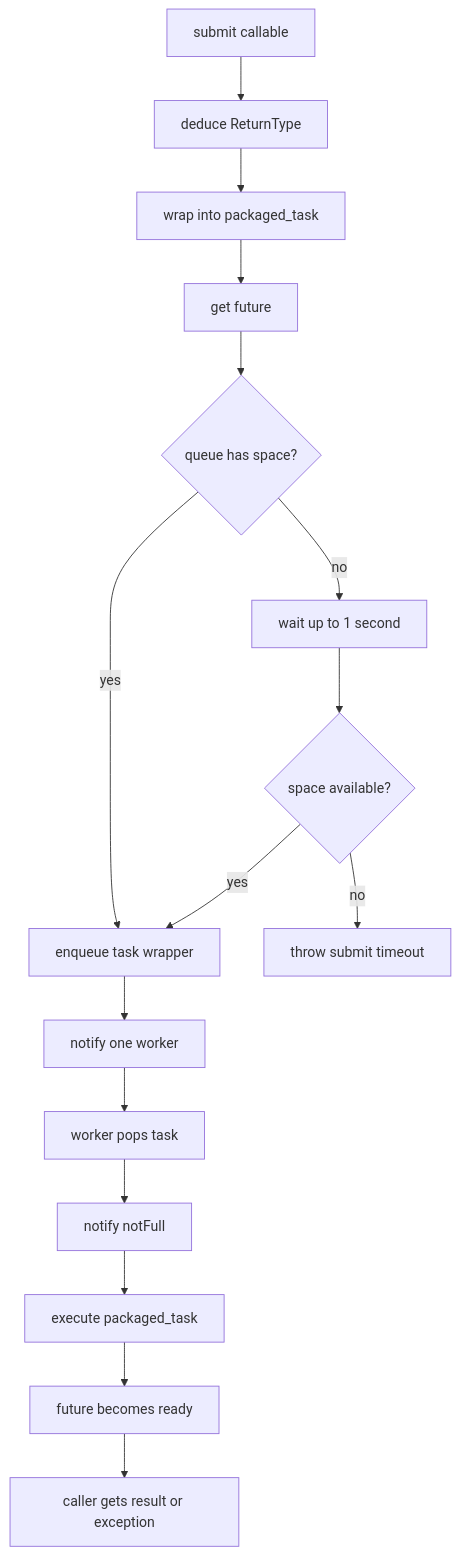
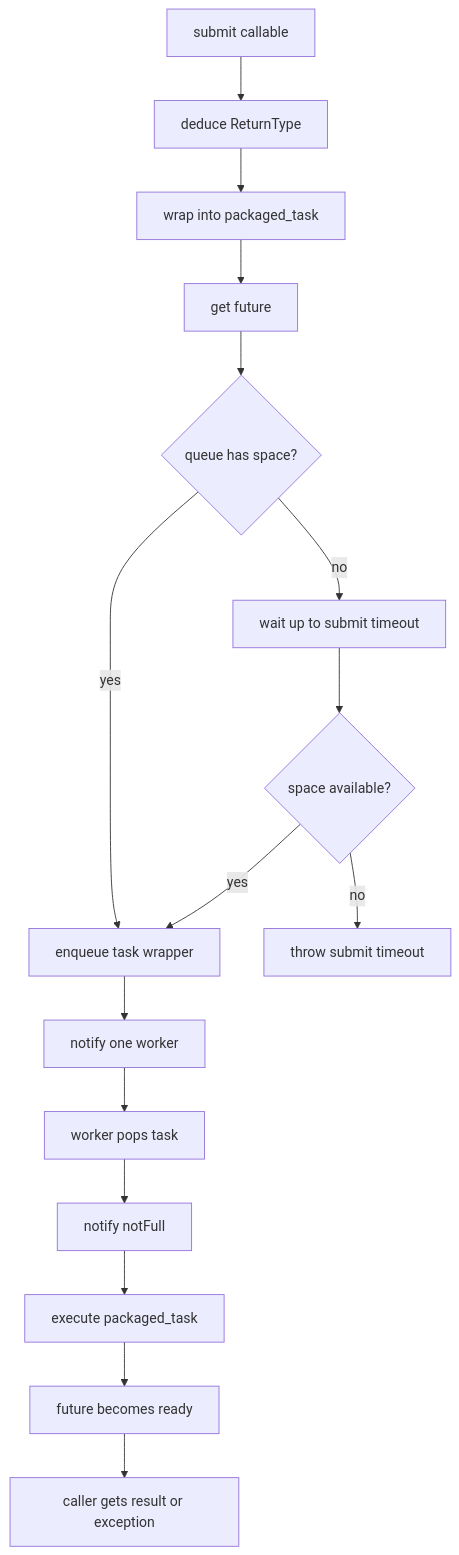
The first of 3 diagrams in docs/threadpool_lifecycle.md (qxf-72/cpp_thread_pool), drawn with Mermaid before and after one commit. The commit also changed 6 other files, not shown here.

````diff
--- a/docs/threadpool_lifecycle.md
+++ b/docs/threadpool_lifecycle.md
@@ -7,18 +7,18 @@
 ```mermaid
 flowchart TD
   A[submit callable] --> B[deduce ReturnType]
   B --> C[wrap into packaged_task]
   C --> D[get future]
   D --> E{queue has space?}
   E -- yes --> F[enqueue task wrapper]
-  E -- no --> G[wait up to 1 second]
+  E -- no --> G[wait up to submit timeout]
   G --> H{space available?}
   H -- no --> I[throw submit timeout]
   H -- yes --> F
   F --> J[notify one worker]
   J --> K[worker pops task]
   K --> L[notify notFull]
   L --> M[execute packaged_task]
   M --> N[future becomes ready]
   N --> O[caller gets result or exception]
 ```
````
